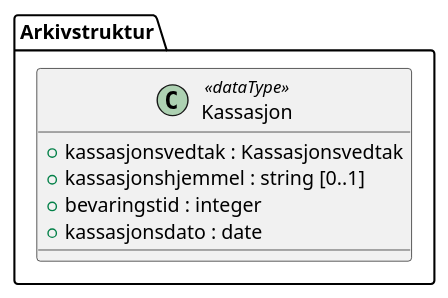
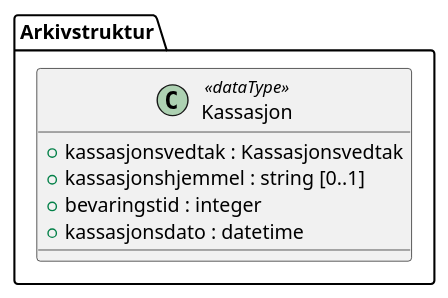
One commit to arkivverket/noark5-tjenestegrensesnitt-standard changed the diagram in kapitler/media/uml-datatype-kassasjon.iuml. Above: the diagram before and after it, drawn with PlantUML. The commit also changed 23 other files, not shown here.

First line of the commit message:
Change all date types to datetime to match Noark 5

```diff
--- a/kapitler/media/uml-datatype-kassasjon.iuml
+++ b/kapitler/media/uml-datatype-kassasjon.iuml
@@ -1,8 +1,8 @@
 @startuml
 class Arkivstruktur.Kassasjon <<dataType>> {
   +kassasjonsvedtak : Kassasjonsvedtak
   +kassasjonshjemmel : string [0..1]
   +bevaringstid : integer
-  +kassasjonsdato : date
+  +kassasjonsdato : datetime
 }
 @enduml
```
